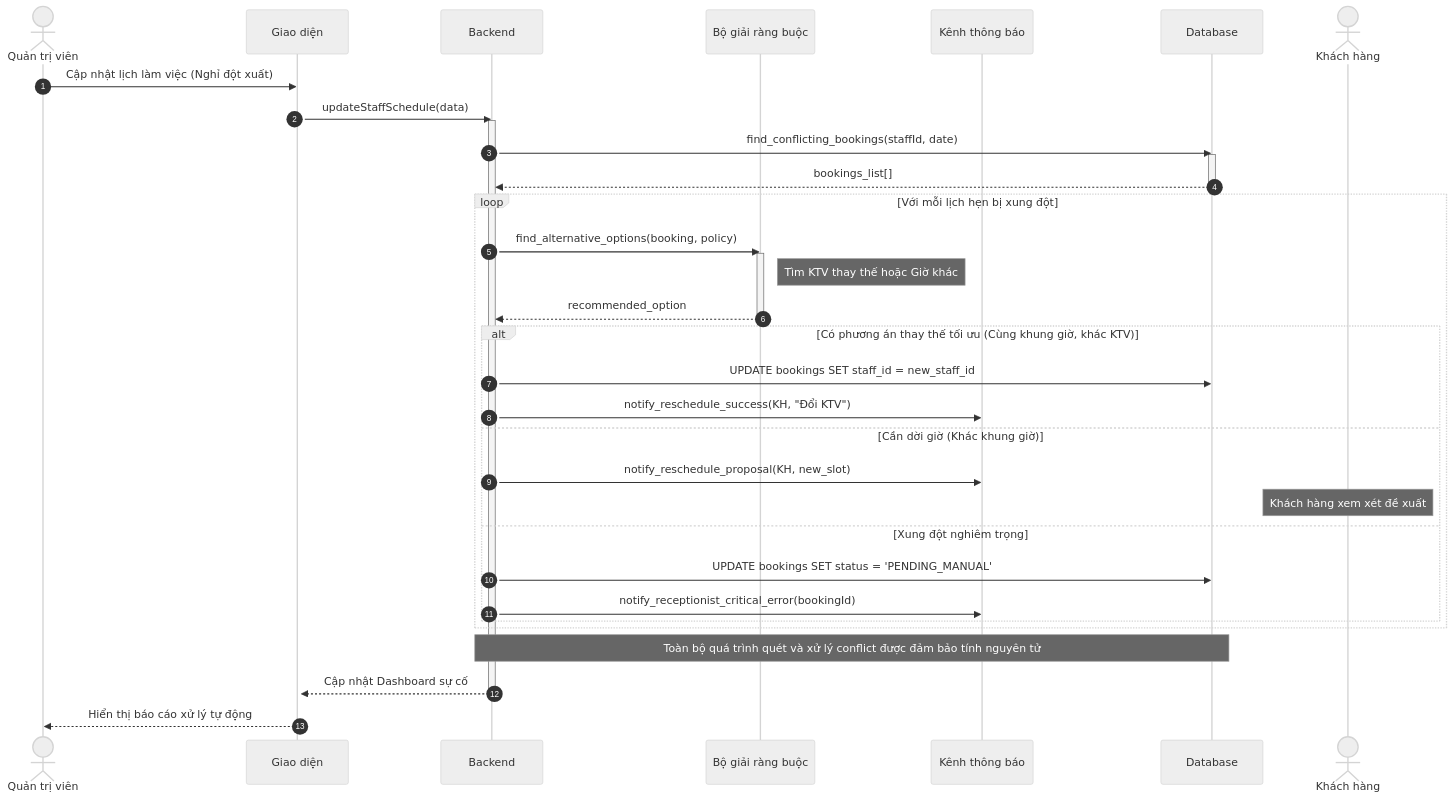
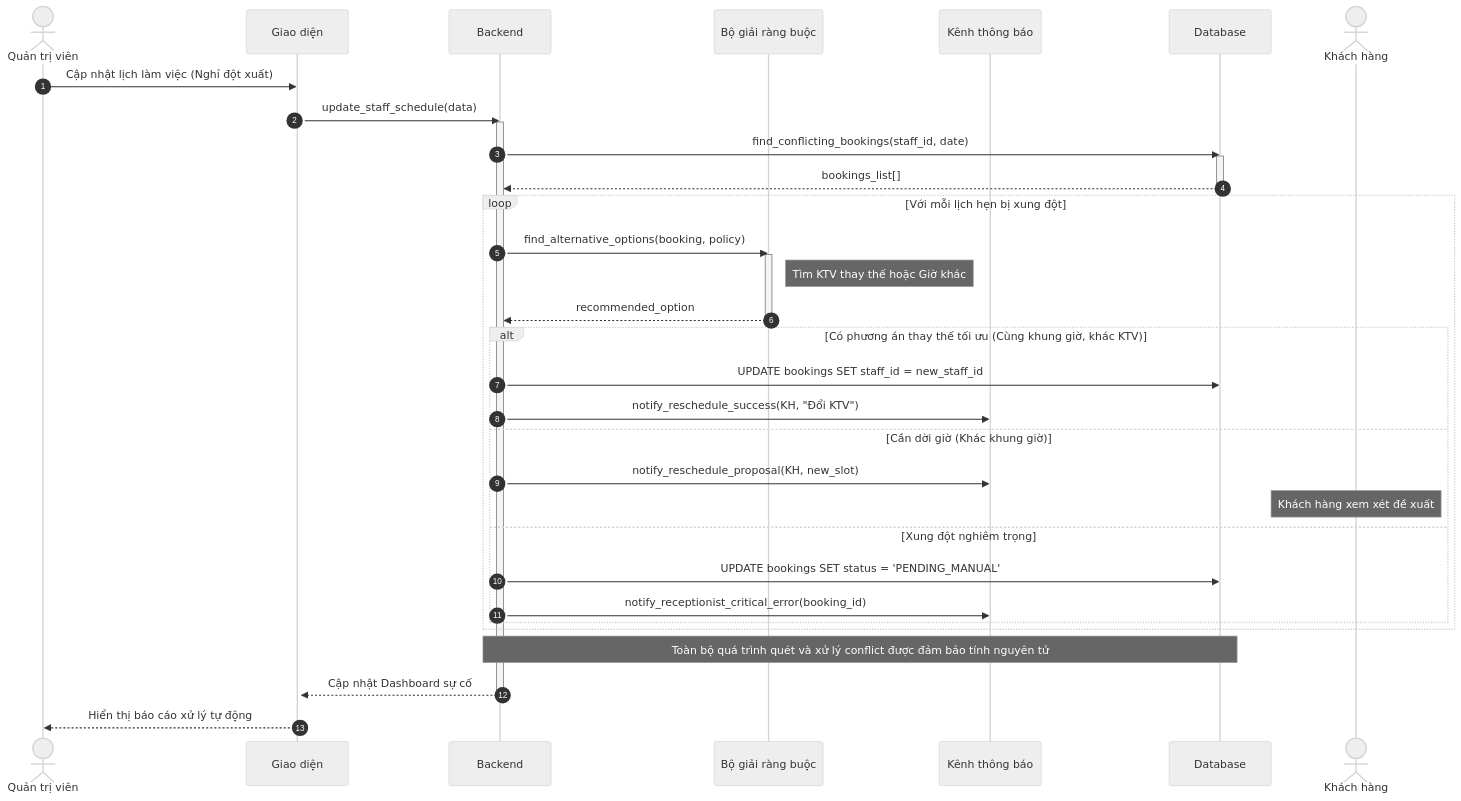
Before and after one commit to ngoctinn/Synapse: the eighth of 8 diagrams in docs/design/sequences/receptionist_flows.md, drawn with Mermaid (neutral theme). The commit also changed other lines of this file and 4 other files, not shown here.

Commit message:
docs: Add activity and sequence diagrams for authentication, customer, receptionist, and technician flows.

````diff
--- a/docs/design/sequences/receptionist_flows.md
+++ b/docs/design/sequences/receptionist_flows.md
@@ -282,45 +282,45 @@
 ```mermaid
 sequenceDiagram
     autonumber
     actor QTV as Quản trị viên
     participant UI as Giao diện
     participant BE as Backend
     participant SOLVER as Bộ giải ràng buộc
     participant NOTI as Kênh thông báo
     participant DB as Database
     actor KH as Khách hàng
 
     QTV->>UI: Cập nhật lịch làm việc (Nghỉ đột xuất)
     activate UI
-    UI->>BE: updateStaffSchedule(data)
+    UI->>BE: update_staff_schedule(data)
     activate BE
 
-    BE->>DB: find_conflicting_bookings(staffId, date)
+    BE->>DB: find_conflicting_bookings(staff_id, date)
     activate DB
     DB-->>BE: bookings_list[]
     deactivate DB
 
     loop Với mỗi lịch hẹn bị xung đột
         BE->>SOLVER: find_alternative_options(booking, policy)
         activate SOLVER
         Note right of SOLVER: Tìm KTV thay thế hoặc Giờ khác
         SOLVER-->>BE: recommended_option
         deactivate SOLVER
 
         alt Có phương án thay thế tối ưu (Cùng khung giờ, khác KTV)
             BE->>DB: UPDATE bookings SET staff_id = new_staff_id
             BE->>NOTI: notify_reschedule_success(KH, "Đổi KTV")
         else Cần dời giờ (Khác khung giờ)
             BE->>NOTI: notify_reschedule_proposal(KH, new_slot)
             Note over KH: Khách hàng xem xét đề xuất
         else Xung đột nghiêm trọng
             BE->>DB: UPDATE bookings SET status = 'PENDING_MANUAL'
-            BE->>NOTI: notify_receptionist_critical_error(bookingId)
+            BE->>NOTI: notify_receptionist_critical_error(booking_id)
         end
     end
 
     Note over BE,DB: Toàn bộ quá trình quét và xử lý conflict được đảm bảo tính nguyên tử
     BE-->>UI: Cập nhật Dashboard sự cố
     deactivate BE
     UI-->>QTV: Hiển thị báo cáo xử lý tự động
 ```
````
